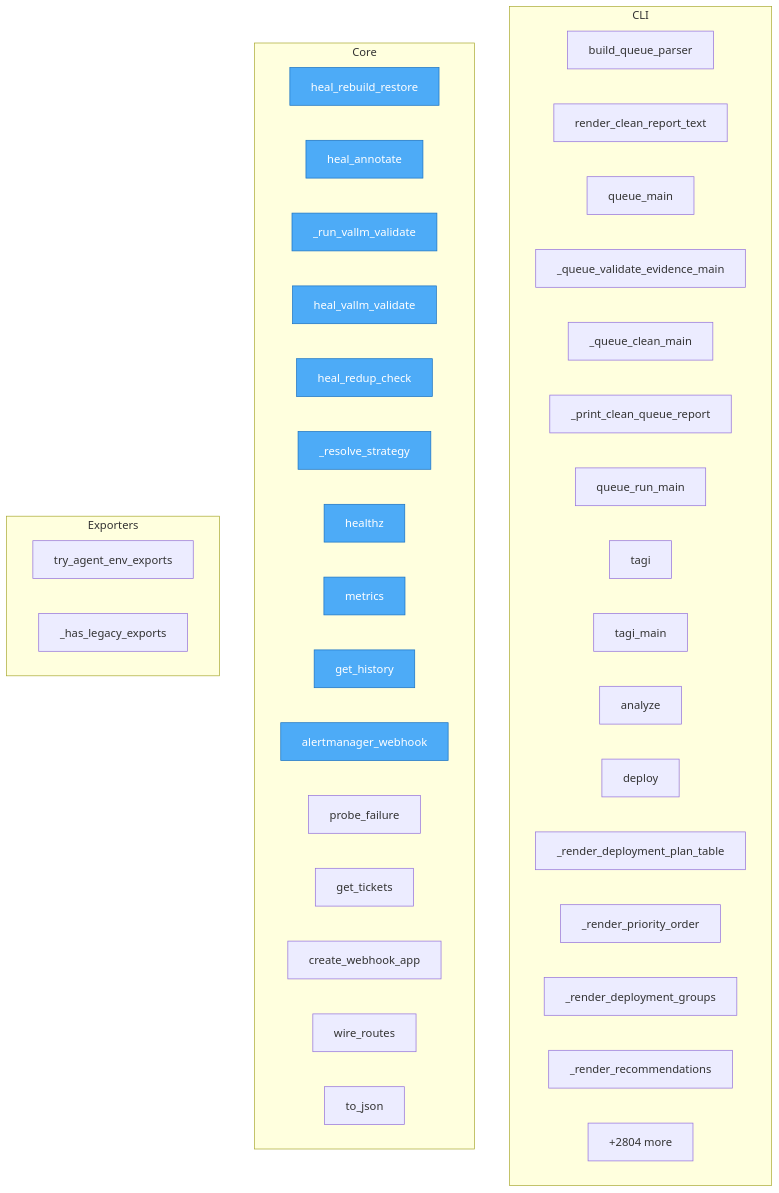
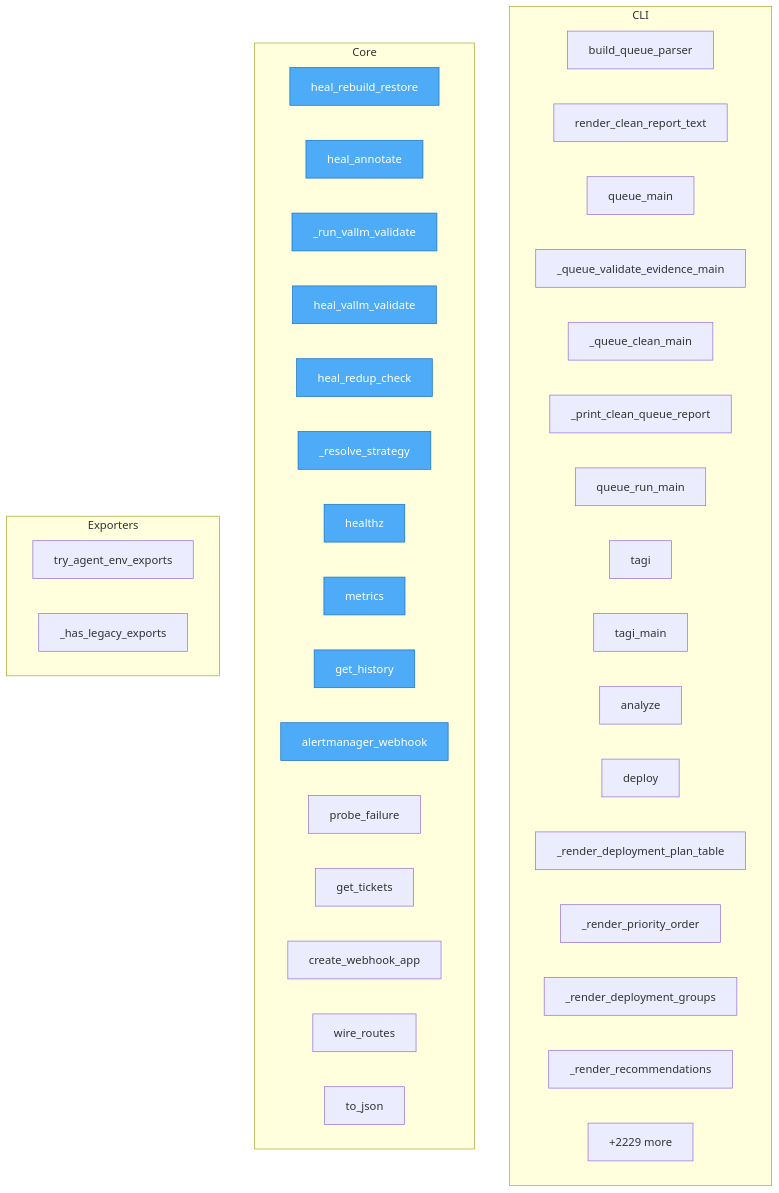
Before and after one commit to semcod/koru: the diagram in project/flow.mmd, drawn with Mermaid. The commit also changed 46 other files, not shown here.

```diff
--- a/project/flow.mmd
+++ b/project/flow.mmd
@@ -1,50 +1,50 @@
 flowchart TD
-%% generated in 0.12s
+%% generated in 0.11s
 
     %% Entry points (blue)
     classDef entry fill:#4dabf7,stroke:#1971c2,color:#fff
 
     subgraph CLI
         koru__cli_queue__build_queue_parser["build_queue_parser"]
         koru__cli_queue__render_clean_report_text["render_clean_report_text"]
         koru__cli_queue__queue_main["queue_main"]
         koru__cli_queue___queue_validate_evidence_main["_queue_validate_evidence_main"]
         koru__cli_queue___queue_clean_main["_queue_clean_main"]
         koru__cli_queue___print_clean_queue_report["_print_clean_queue_report"]
         koru__cli_queue__queue_run_main["queue_run_main"]
         koru__cli_tagi__tagi["tagi"]
         koru__cli_tagi__tagi_main["tagi_main"]
         koru__cli_tagi__analyze["analyze"]
         koru__cli_tagi__deploy["deploy"]
         koru__cli_tagi___render_deployment_plan_table["_render_deployment_plan_table"]
         koru__cli_tagi___render_priority_order["_render_priority_order"]
         koru__cli_tagi___render_deployment_groups["_render_deployment_groups"]
         koru__cli_tagi___render_recommendations["_render_recommendations"]
         ...["+15 more"]
     end
 
     subgraph Core
         services__healing_webhook__app__heal_rebuild_restore["heal_rebuild_restore"]
         services__healing_webhook__app__heal_annotate["heal_annotate"]
         services__healing_webhook__app___run_vallm_validate["_run_vallm_validate"]
         services__healing_webhook__app__heal_vallm_validate["heal_vallm_validate"]
         services__healing_webhook__app__heal_redup_check["heal_redup_check"]
         services__healing_webhook__app___resolve_strategy["_resolve_strategy"]
         services__healing_webhook__app__healthz["healthz"]
         services__healing_webhook__app__metrics["metrics"]
         services__healing_webhook__app__get_history["get_history"]
         services__healing_webhook__app__alertmanager_webhook["alertmanager_webhook"]
         services__healing_webhook__app__probe_failure["probe_failure"]
         services__healing_webhook__app__get_tickets["get_tickets"]
         services__healing_webhook__app_bootstrap__create_webhook_app["create_webhook_app"]
         services__healing_webhook__app_bootstrap__wire_routes["wire_routes"]
         src__koruobserve__lifecycle__ObserveProcesses__to_json["to_json"]
-        ...["+2804 more"]
+        ...["+2229 more"]
     end
 
     subgraph Exporters
         src__koru__agent_cli_helpers__try_agent_env_exports["try_agent_env_exports"]
         src__koru__cli___has_legacy_exports["_has_legacy_exports"]
     end
 
     class services__healing_webhook__app__heal_rebuild_restore,services__healing_webhook__app__heal_annotate,services__healing_webhook__app___run_vallm_validate,services__healing_webhook__app__heal_vallm_validate,services__healing_webhook__app__heal_redup_check,services__healing_webhook__app___resolve_strategy,services__healing_webhook__app__healthz,services__healing_webhook__app__metrics,services__healing_webhook__app__get_history,services__healing_webhook__app__alertmanager_webhook entry
```
